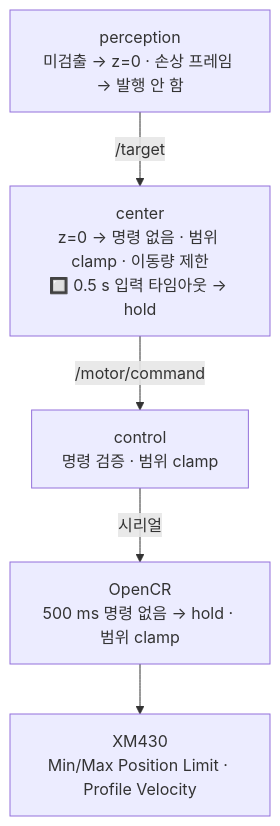
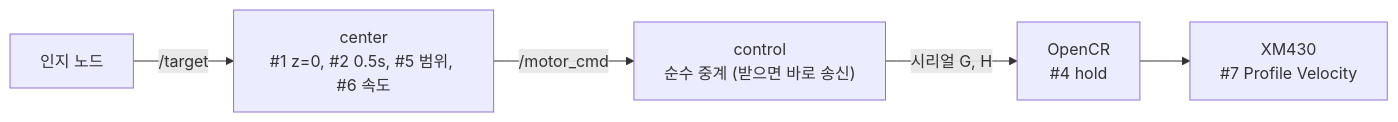
The seventh of 7 diagrams in lv2_module5/presentation.md (cowsjh/Lv2_Horus_Assignment), drawn with Mermaid before and after one commit. The commit also changed other lines of this file and 79 other files, not shown here.

````diff
--- a/lv2_module5/presentation.md
+++ b/lv2_module5/presentation.md
@@ -320,9 +369,7 @@
 ```mermaid
-flowchart TD
-  P["perception<br/>미검출 → z=0 · 손상 프레임 → 발행 안 함"]
-  C["center<br/>z=0 → 명령 없음 · 범위 clamp · 이동량 제한<br/>🔲 0.5 s 입력 타임아웃 → hold"]
-  K["control<br/>명령 검증 · 범위 clamp"]
-  O["OpenCR<br/>500 ms 명령 없음 → hold · 범위 clamp"]
-  M["XM430<br/>Min/Max Position Limit · Profile Velocity"]
-  P -->|"/target"| C -->|"/motor/command"| K -->|"시리얼"| O --> M
+flowchart LR
+  P["인지 노드"] -->|"/target"| D["center<br/>#1 z=0, #2 0.5s, #5 범위, #6 속도"]
+  D -->|"/motor_cmd"| B["control<br/>순수 중계 (받으면 바로 송신)"]
+  B -->|"시리얼 G, H"| O["OpenCR<br/>#4 hold"]
+  O --> M["XM430<br/>#7 Profile Velocity"]
 ```
````
